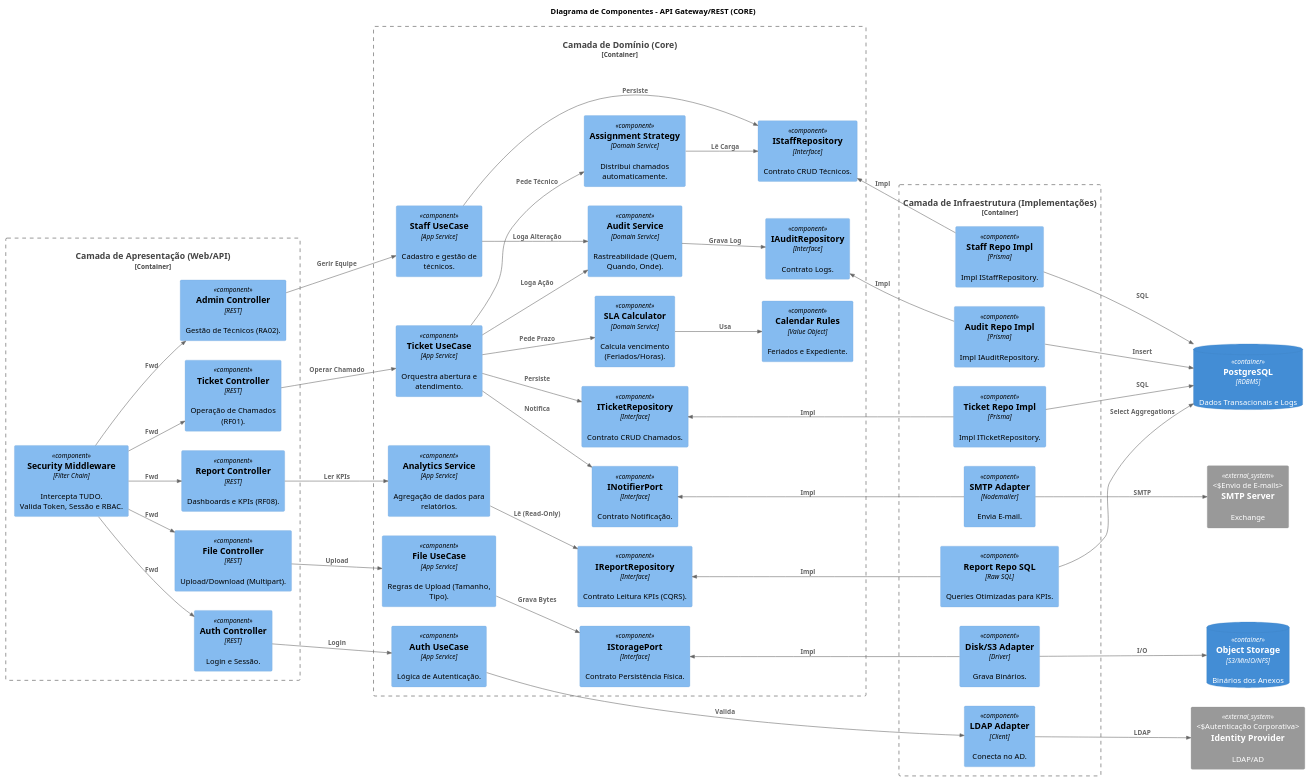
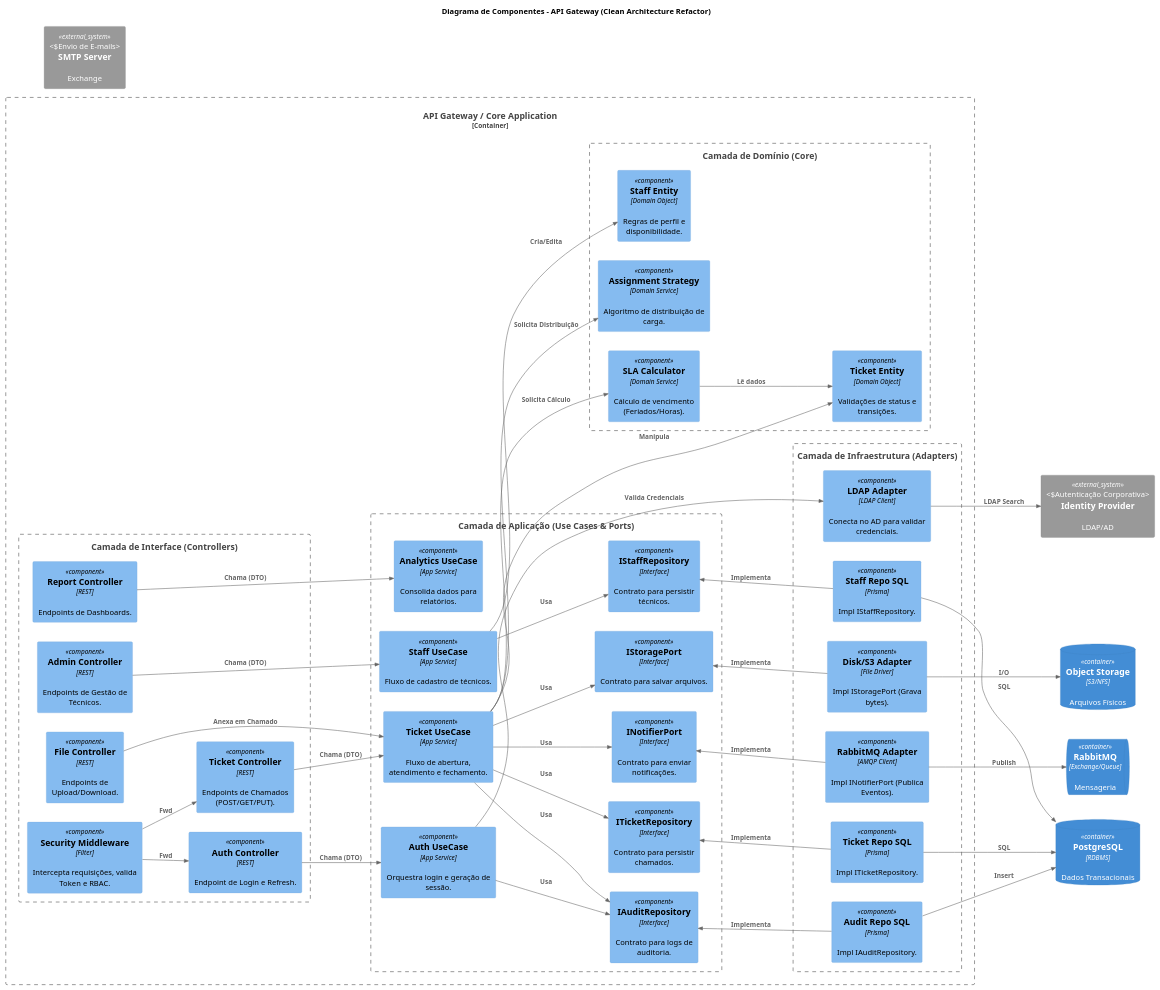
The diagram in Artefato 3 - Diagrama de Componentes (C4)/Componente_API_Gateway.md (victor-alexandre/TJGO-Projeto-Software), drawn with PlantUML before and after one commit. The commit also changed 1 other file, not shown here.

Commit message:
refactor: reestrutura diagrama API Gateway

```diff
--- a/Artefato 3 - Diagrama de Componentes (C4)/Componente_API_Gateway.md
+++ b/Artefato 3 - Diagrama de Componentes (C4)/Componente_API_Gateway.md
@@ -1,141 +1,139 @@
 @startuml
 !include <C4/C4_Component>
 
-' Layout da Esquerda para Direita favorece a leitura "Entrada -> Processamento -> Saída"
+' Layout da Esquerda para Direita: Entrada -> Processamento -> Saída
 LAYOUT_LEFT_RIGHT()
 
-title Diagrama de Componentes - API Gateway/REST (CORE)
+title Diagrama de Componentes - API Gateway (Clean Architecture Refactor)
 
-' --- SISTEMAS E CONTAINERS EXTERNOS ---
-ContainerDb(db, "PostgreSQL", "RDBMS", "Dados Transacionais e Logs")
-ContainerDb(filesystem, "Object Storage", "S3/MinIO/NFS", "Binários dos Anexos")
+' --- SISTEMAS E CONTAINERS EXTERNOS (Dependências) ---
+ContainerDb(db, "PostgreSQL", "RDBMS", "Dados Transacionais")
+ContainerDb(filesystem, "Object Storage", "S3/NFS", "Arquivos Físicos")
+ContainerQueue(broker, "RabbitMQ", "Exchange/Queue", "Mensageria")
 System_Ext(email_sys, "SMTP Server", "Exchange", "Envio de E-mails")
 System_Ext(auth_sys, "Identity Provider", "LDAP/AD", "Autenticação Corporativa")
 
-' ============================================================
-' 1. CAMADA DE APRESENTAÇÃO (Drivers / Primary Adapters)
-' ============================================================
-Container_Boundary(presentation, "Camada de Apresentação (Web/API)") {
-    
-    ' O Porteiro (Segurança)
-    Component(security, "Security Middleware", "Filter Chain", "Intercepta TUDO.\nValida Token, Sessão e RBAC.")
+Container_Boundary(api, "API Gateway / Core Application") {
 
-    ' Controllers (Pontos de Entrada)
-    Component(auth_ctrl, "Auth Controller", "REST", "Login e Sessão.")
-    Component(admin_ctrl, "Admin Controller", "REST", "Gestão de Técnicos (RA02).")
-    Component(ticket_ctrl, "Ticket Controller", "REST", "Operação de Chamados (RF01).")
-    Component(report_ctrl, "Report Controller", "REST", "Dashboards e KPIs (RF08).")
-    Component(file_ctrl, "File Controller", "REST", "Upload/Download (Multipart).")
+    ' ============================================================
+    ' 1. CAMADA DE INTERFACE (Primary Adapters / Drivers)
+    ' ============================================================
+    ' Responsável apenas por receber a requisição (HTTP), validar o formato (DTO) e chamar a Aplicação.
+    Boundary(presentation, "Camada de Interface (Controllers)") {
+        Component(security, "Security Middleware", "Filter", "Intercepta requisições, valida Token e RBAC.")
+
+        Component(auth_ctrl, "Auth Controller", "REST", "Endpoint de Login e Refresh.")
+        Component(ticket_ctrl, "Ticket Controller", "REST", "Endpoints de Chamados (POST/GET/PUT).")
+        Component(admin_ctrl, "Admin Controller", "REST", "Endpoints de Gestão de Técnicos.")
+        Component(report_ctrl, "Report Controller", "REST", "Endpoints de Dashboards.")
+        Component(file_ctrl, "File Controller", "REST", "Endpoints de Upload/Download.")
+    }
+
+    ' ============================================================
+    ' 2. CAMADA DE APLICAÇÃO (Application Business Rules)
+    ' ============================================================
+    ' Orquestra os fluxos. Não contém regras de negócio complexas, apenas manda fazer.
+    ' Define as PORTAS (Interfaces) que o sistema precisa.
+    Boundary(app_layer, "Camada de Aplicação (Use Cases & Ports)") {
+
+        ' --- CASOS DE USO (Orquestradores) ---
+        Component(auth_uc, "Auth UseCase", "App Service", "Orquestra login e geração de sessão.")
+        Component(ticket_uc, "Ticket UseCase", "App Service", "Fluxo de abertura, atendimento e fechamento.")
+        Component(staff_uc, "Staff UseCase", "App Service", "Fluxo de cadastro de técnicos.")
+        Component(report_uc, "Analytics UseCase", "App Service", "Consolida dados para relatórios.")
+
+        ' --- PORTAS DE SAÍDA (Interfaces / Output Ports) ---
+        ' A aplicação define o contrato, a infraestrutura implementa (DIP).
+        Component(i_repo_ticket, "ITicketRepository", "Interface", "Contrato para persistir chamados.")
+        Component(i_repo_staff, "IStaffRepository", "Interface", "Contrato para persistir técnicos.")
+        Component(i_notifier, "INotifierPort", "Interface", "Contrato para enviar notificações.")
+        Component(i_storage, "IStoragePort", "Interface", "Contrato para salvar arquivos.")
+        Component(i_audit, "IAuditRepository", "Interface", "Contrato para logs de auditoria.")
+    }
+
+    ' ============================================================
+    ' 3. CAMADA DE DOMÍNIO (Enterprise Business Rules)
+    ' ============================================================
+    ' O coração do sistema. Regras puras que independem de tecnologia.
+    ' Entidades e Serviços de Domínio.
+    Boundary(domain_layer, "Camada de Domínio (Core)") {
+
+        ' --- ENTIDADES (Regras de Estado) ---
+        Component(ticket_entity, "Ticket Entity", "Domain Object", "Validações de status e transições.")
+        Component(staff_entity, "Staff Entity", "Domain Object", "Regras de perfil e disponibilidade.")
+
+        ' --- SERVIÇOS DE DOMÍNIO (Regras Complexas) ---
+        Component(sla_service, "SLA Calculator", "Domain Service", "Cálculo de vencimento (Feriados/Horas).")
+        Component(assign_strategy, "Assignment Strategy", "Domain Service", "Algoritmo de distribuição de carga.")
+    }
+
+    ' ============================================================
+    ' 4. CAMADA DE INFRAESTRUTURA (Secondary Adapters / Driven)
+    ' ============================================================
+    ' Implementações concretas das interfaces definidas na Aplicação.
+    Boundary(infra_layer, "Camada de Infraestrutura (Adapters)") {
+
+        ' Implementações de Repositórios (DB)
+        Component(repo_ticket_impl, "Ticket Repo SQL", "Prisma", "Impl ITicketRepository.")
+        Component(repo_staff_impl, "Staff Repo SQL", "Prisma", "Impl IStaffRepository.")
+        Component(repo_audit_impl, "Audit Repo SQL", "Prisma", "Impl IAuditRepository.")
+
+        ' Implementações de Adaptadores Externos
+        Component(rmq_adapter, "RabbitMQ Adapter", "AMQP Client", "Impl INotifierPort (Publica Eventos).")
+        Component(s3_adapter, "Disk/S3 Adapter", "File Driver", "Impl IStoragePort (Grava bytes).")
+        Component(ldap_adapter, "LDAP Adapter", "LDAP Client", "Conecta no AD para validar credenciais.")
+    }
+
 }
 
 ' ============================================================
-' 2. CAMADA DE DOMÍNIO (Use Cases & Domain Services)
-' ============================================================
-Container_Boundary(domain, "Camada de Domínio (Core)") {
-    
-    ' --- USE CASES (Orquestradores de Fluxo) ---
-    Component(auth_uc, "Auth UseCase", "App Service", "Lógica de Autenticação.")
-    Component(staff_uc, "Staff UseCase", "App Service", "Cadastro e gestão de técnicos.")
-    Component(ticket_uc, "Ticket UseCase", "App Service", "Orquestra abertura e atendimento.")
-    Component(report_uc, "Analytics Service", "App Service", "Agregação de dados para relatórios.")
-    Component(file_uc, "File UseCase", "App Service", "Regras de Upload (Tamanho, Tipo).")
-
-    ' --- DOMAIN SERVICES (Lógica Especializada) ---
-    Component(sla_service, "SLA Calculator", "Domain Service", "Calcula vencimento (Feriados/Horas).")
-    Component(assign_service, "Assignment Strategy", "Domain Service", "Distribui chamados automaticamente.")
-    Component(audit_service, "Audit Service", "Domain Service", "Rastreabilidade (Quem, Quando, Onde).")
-
-    ' --- HELPER OBJECTS (Regras Estáticas) ---
-    Component(calendar, "Calendar Rules", "Value Object", "Feriados e Expediente.")
-    
-    ' --- PORTAS (Interfaces - DIP) ---
-    Component(i_repo_staff, "IStaffRepository", "Interface", "Contrato CRUD Técnicos.")
-    Component(i_repo_ticket, "ITicketRepository", "Interface", "Contrato CRUD Chamados.")
-    Component(i_repo_report, "IReportRepository", "Interface", "Contrato Leitura KPIs (CQRS).")
-    Component(i_repo_audit, "IAuditRepository", "Interface", "Contrato Logs.")
-   
-    Component(i_storage, "IStoragePort", "Interface", "Contrato Persistência Física.")
-    Component(i_notifier, "INotifierPort", "Interface", "Contrato Notificação.")
-}
-
-' ============================================================
-' 3. CAMADA DE INFRAESTRUTURA (Secondary Adapters)
-' ============================================================
-Container_Boundary(infra, "Camada de Infraestrutura (Implementações)") {
-    
-    ' Implementações de Repositórios
-    Component(repo_staff_impl, "Staff Repo Impl", "Prisma", "Impl IStaffRepository.")
-    Component(repo_ticket_impl, "Ticket Repo Impl", "Prisma", "Impl ITicketRepository.")
-    Component(repo_audit_impl, "Audit Repo Impl", "Prisma", "Impl IAuditRepository.")
-    
-    ' Implementação Otimizada (CQRS)
-    Component(repo_report_impl, "Report Repo SQL", "Raw SQL", "Queries Otimizadas para KPIs.")
-
-    ' Adaptadores Externos
-    Component(ldap_adapter, "LDAP Adapter", "Client", "Conecta no AD.")
-    Component(smtp_adapter, "SMTP Adapter", "Nodemailer", "Envia E-mail.")
-    Component(storage_adapter, "Disk/S3 Adapter", "Driver", "Grava Binários.")
-}
-
-' ============================================================
-' RELACIONAMENTOS (FLUXOS)
+' RELACIONAMENTOS (O FLUXO DE CONTROLE)
 ' ============================================================
 
-' 1. Entrada Segura (Todos passam pelo Security)
+' 1. Interface -> Aplicação
+Rel(security, ticket_ctrl, "Fwd")
 Rel(security, auth_ctrl, "Fwd")
-Rel(security, admin_ctrl, "Fwd")
-Rel(security, ticket_ctrl, "Fwd")
-Rel(security, report_ctrl, "Fwd")
-Rel(security, file_ctrl, "Fwd")
 
-' 2. Conexão Controller -> UseCase
-Rel(auth_ctrl, auth_uc, "Login")
-Rel(admin_ctrl, staff_uc, "Gerir Equipe")
-Rel(ticket_ctrl, ticket_uc, "Operar Chamado")
-Rel(report_ctrl, report_uc, "Ler KPIs")
-Rel(file_ctrl, file_uc, "Upload")
+Rel(ticket_ctrl, ticket_uc, "Chama (DTO)")
+Rel(auth_ctrl, auth_uc, "Chama (DTO)")
+Rel(admin_ctrl, staff_uc, "Chama (DTO)")
+Rel(report_ctrl, report_uc, "Chama (DTO)")
+Rel(file_ctrl, ticket_uc, "Anexa em Chamado")
 
-' 3. Lógica de Negócio Detalhada
-' --- Ticket usa serviços auxiliares ---
-Rel(ticket_uc, sla_service, "Pede Prazo")
-Rel(ticket_uc, assign_service, "Pede Técnico")
-Rel(ticket_uc, audit_service, "Loga Ação")
-Rel(sla_service, calendar, "Usa")
+' 2. Aplicação -> Domínio (Usa a regra)
+Rel(ticket_uc, ticket_entity, "Manipula")
+Rel(ticket_uc, sla_service, "Solicita Cálculo")
+Rel(ticket_uc, assign_strategy, "Solicita Distribuição")
+Rel(staff_uc, staff_entity, "Cria/Edita")
 
-' --- Admin/Staff usa auditoria ---
-Rel(staff_uc, audit_service, "Loga Alteração")
+' Domínio conversa entre si
+Rel(sla_service, ticket_entity, "Lê dados")
 
-' --- Atribuição consulta carga ---
-Rel(assign_service, i_repo_staff, "Lê Carga")
+' 3. Aplicação -> Portas (Interfaces)
+Rel(ticket_uc, i_repo_ticket, "Usa")
+Rel(ticket_uc, i_notifier, "Usa")
+Rel(ticket_uc, i_audit, "Usa")
+Rel(ticket_uc, i_storage, "Usa")
+Rel(staff_uc, i_repo_staff, "Usa")
+Rel(auth_uc, i_audit, "Usa")
 
-' --- Arquivo é independente ---
-Rel(file_uc, i_storage, "Grava Bytes")
+' 4. Infraestrutura -> Portas (Implementação / Herança)
+Rel_Up(repo_ticket_impl, i_repo_ticket, "Implementa")
+Rel_Up(repo_staff_impl, i_repo_staff, "Implementa")
+Rel_Up(rmq_adapter, i_notifier, "Implementa")
+Rel_Up(s3_adapter, i_storage, "Implementa")
+Rel_Up(repo_audit_impl, i_audit, "Implementa")
 
+' 5. Infraestrutura -> Mundo Externo
+Rel(repo_ticket_impl, db, "SQL")
+Rel(repo_staff_impl, db, "SQL")
+Rel(repo_audit_impl, db, "Insert")
 
-' 4. Persistência e Saída (Aplicação -> Interfaces)
-Rel(auth_uc, ldap_adapter, "Valida")
-Rel(staff_uc, i_repo_staff, "Persiste")
-Rel(ticket_uc, i_repo_ticket, "Persiste")
-Rel(ticket_uc, i_notifier, "Notifica")
-Rel(report_uc, i_repo_report, "Lê (Read-Only)")
-Rel(audit_service, i_repo_audit, "Grava Log")
+Rel(rmq_adapter, broker, "Publish")
+Rel(s3_adapter, filesystem, "I/O")
+Rel(ldap_adapter, auth_sys, "LDAP Search")
 
-' 5. Infraestrutura Implementando Interfaces (Setas UP)
-Rel_Up(repo_staff_impl, i_repo_staff, "Impl")
-Rel_Up(repo_ticket_impl, i_repo_ticket, "Impl")
-Rel_Up(repo_report_impl, i_repo_report, "Impl")
-Rel_Up(repo_audit_impl, i_repo_audit, "Impl")
-Rel_Up(smtp_adapter, i_notifier, "Impl")
-Rel_Up(storage_adapter, i_storage, "Impl")
-
-' 6. Conexões Finais com Externo
-Rel(repo_staff_impl, db, "SQL")
-Rel(repo_ticket_impl, db, "SQL")
-Rel(repo_audit_impl, db, "Insert")
-Rel(repo_report_impl, db, "Select Aggregations")
-
-Rel(smtp_adapter, email_sys, "SMTP")
-Rel(storage_adapter, filesystem, "I/O")
-Rel(ldap_adapter, auth_sys, "LDAP")
+' Conexão direta do Auth UseCase com adaptador (simplificação comum)
+Rel(auth_uc, ldap_adapter, "Valida Credenciais")
 
 @enduml
```
